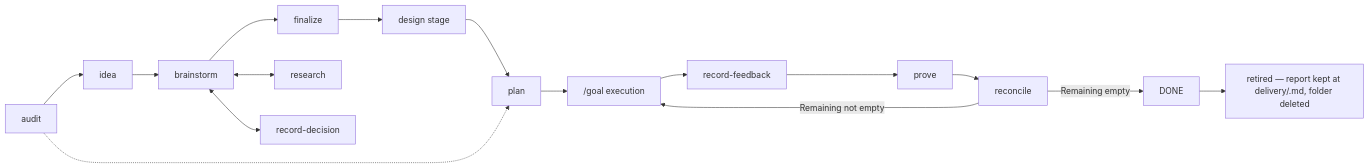
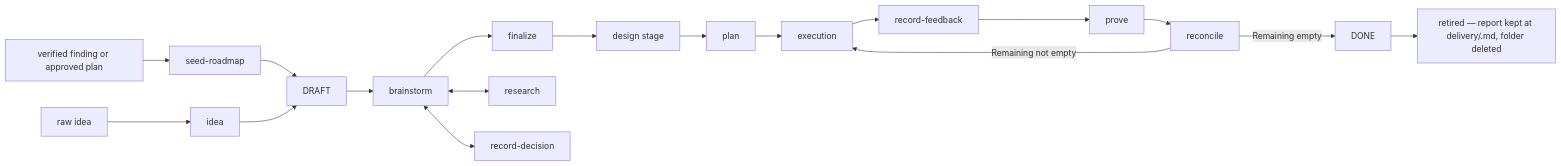
One commit to tailrocks/tailrocks-skills changed the diagram in docs/design/pipeline-walkthrough.md. Above: the diagram before and after it, drawn with Mermaid. The commit also changed other lines of this file and 1215 other files, not shown here.

````diff
--- a/docs/design/pipeline-walkthrough.md
+++ b/docs/design/pipeline-walkthrough.md
@@ -13,10 +13,13 @@
 ```mermaid
 flowchart LR
-  audit --> idea --> brainstorm --> finalize --> design["design stage"] --> plan --> exec["/goal execution"]
+  verified["verified finding or approved plan"] --> seed["seed-roadmap"]
+  idea["raw idea"] --> capture["idea"]
+  seed --> draft["DRAFT"]
+  capture --> draft
+  draft --> brainstorm --> finalize --> design["design stage"] --> plan --> exec["execution"]
   exec --> feedback["record-feedback"] --> prove --> reconcile
   reconcile -->|Remaining not empty| exec
   reconcile -->|Remaining empty| done["DONE"] --> retire["retired — report kept at delivery/<slug>.md, folder deleted"]
-  audit -.-> plan
   brainstorm <--> research
   brainstorm <--> decision["record-decision"]
 ```
````
